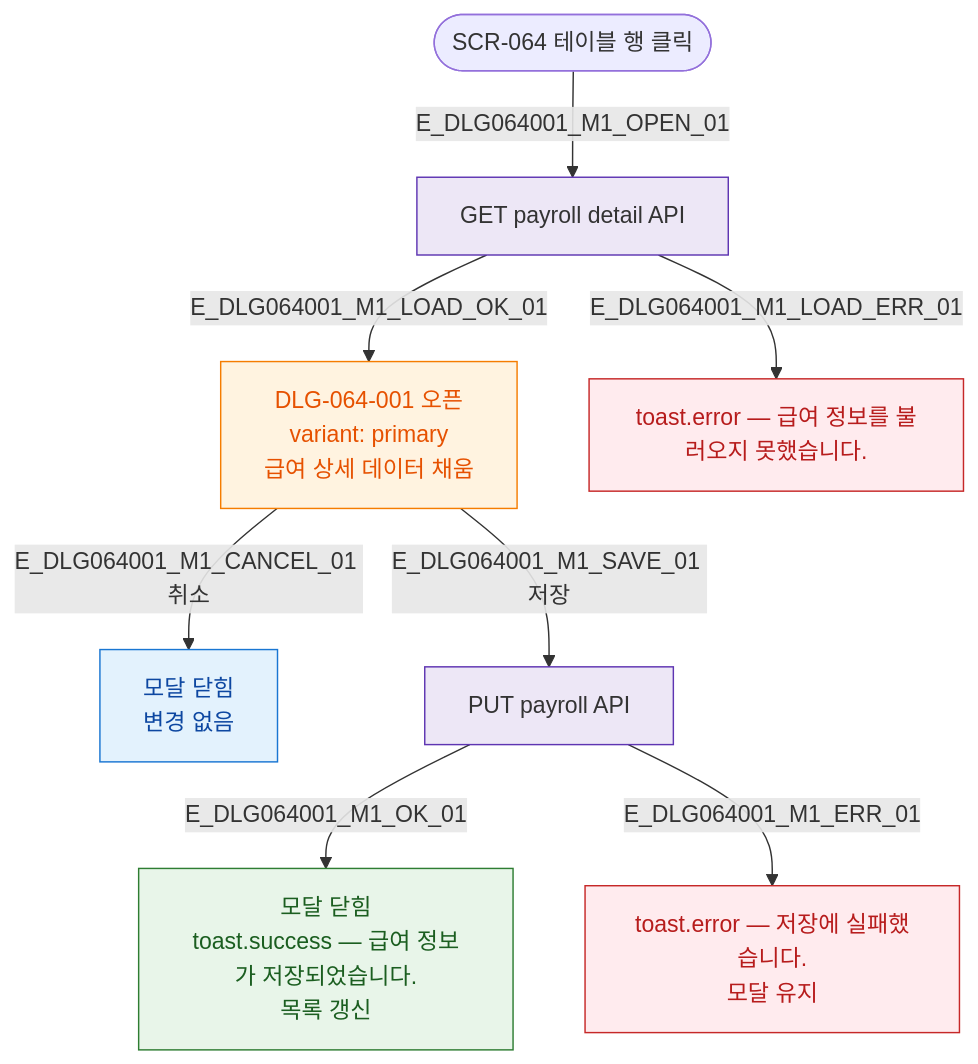
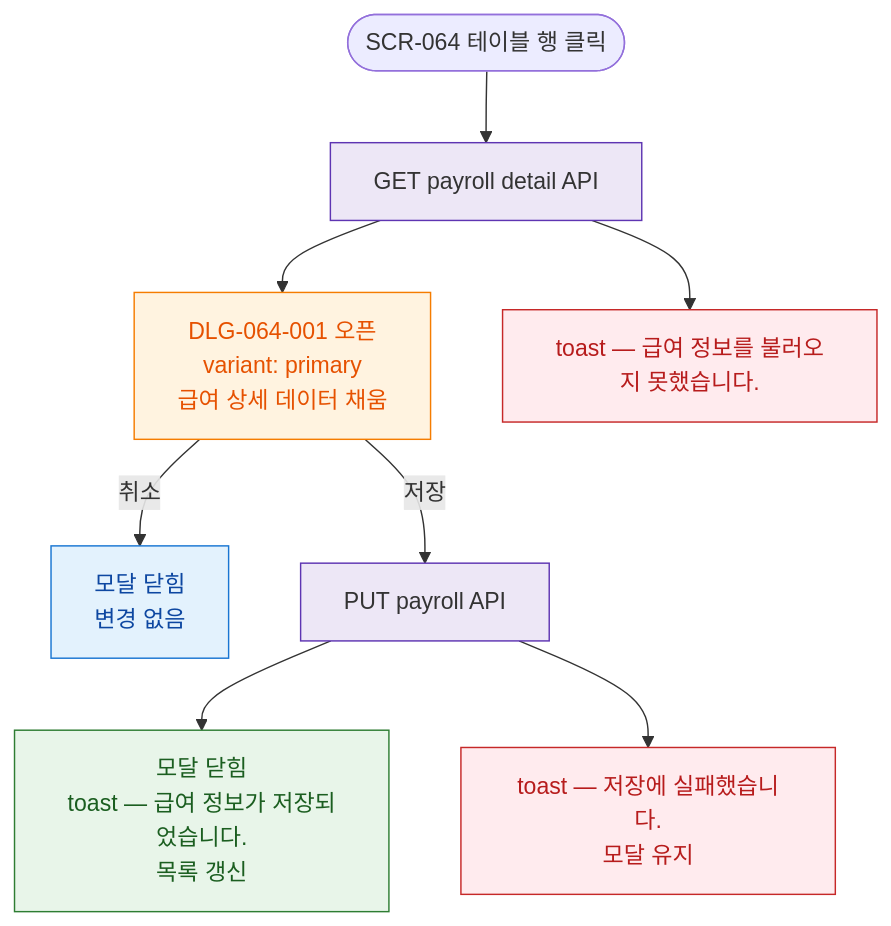
One commit to dev-spogym/admin-pando changed the diagram in docs/다이어그램/D07_직원관리/DLG/DLG-064-001/M1_모달생명주기.md. Above: the diagram before and after it, drawn with Mermaid. The commit also changed other lines of this file and 1660 other files, not shown here.

First line of the commit message:
다이어그램: 기획자/클라이언트 납품본으로 정리

````diff
--- a/docs/다이어그램/D07_직원관리/DLG/DLG-064-001/M1_모달생명주기.md
+++ b/docs/다이어그램/D07_직원관리/DLG/DLG-064-001/M1_모달생명주기.md
@@ -14,25 +12,25 @@
 ```mermaid
 flowchart TD
   TRIGGER([SCR-064 테이블 행 클릭])
-  TRIGGER -->|E_DLG064001_M1_OPEN_01| LOAD[GET payroll detail API]
-  LOAD -->|E_DLG064001_M1_LOAD_OK_01| OPEN[DLG-064-001 오픈\nvariant: primary\n급여 상세 데이터 채움]
-  LOAD -->|E_DLG064001_M1_LOAD_ERR_01| ERR_LOAD[toast.error — 급여 정보를 불러오지 못했습니다.]
+  TRIGGER --> LOAD[GET payroll detail API]
+  LOAD --> OPEN[DLG-064-001 오픈\nvariant: primary\n급여 상세 데이터 채움]
+  LOAD --> ERR_LOAD[toast — 급여 정보를 불러오지 못했습니다.]
 
-  OPEN -->|E_DLG064001_M1_CANCEL_01 취소| CLOSE_CANCEL[모달 닫힘\n변경 없음]
-  OPEN -->|E_DLG064001_M1_SAVE_01 저장| SUBMIT[PUT payroll API]
+  OPEN -->|취소|CLOSE_CANCEL[모달 닫힘\n변경 없음]
+  OPEN -->|저장|SUBMIT[PUT payroll API]
 
-  SUBMIT -->|E_DLG064001_M1_OK_01| CLOSE_OK[모달 닫힘\ntoast.success — 급여 정보가 저장되었습니다.\n목록 갱신]
-  SUBMIT -->|E_DLG064001_M1_ERR_01| ERR[toast.error — 저장에 실패했습니다.\n모달 유지]
+  SUBMIT --> CLOSE_OK[모달 닫힘\ntoast — 급여 정보가 저장되었습니다.\n목록 갱신]
+  SUBMIT --> ERR[toast — 저장에 실패했습니다.\n모달 유지]
 
-  classDef screen  fill:#E3F2FD,stroke:#1976D2,color:#0D47A1
-  classDef modal   fill:#FFF3E0,stroke:#F57C00,color:#E65100
+  classDef screen fill:#E3F2FD,stroke:#1976D2,color:#0D47A1
+  classDef modal fill:#FFF3E0,stroke:#F57C00,color:#E65100
   classDef success fill:#E8F5E9,stroke:#2E7D32,color:#1B5E20
-  classDef error   fill:#FFEBEE,stroke:#C62828,color:#B71C1C
-  classDef system  fill:#EDE7F6,stroke:#5E35B2
+  classDef error fill:#FFEBEE,stroke:#C62828,color:#B71C1C
+  classDef system fill:#EDE7F6,stroke:#5E35B2
 
   class OPEN modal
   class CLOSE_OK success
   class ERR,ERR_LOAD error
   class SUBMIT,LOAD system
   class CLOSE_CANCEL screen
 ```
````
